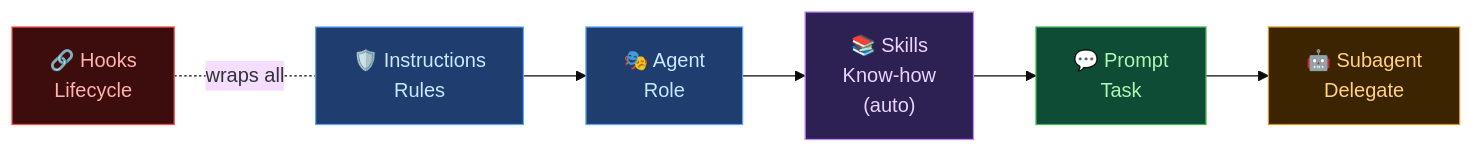
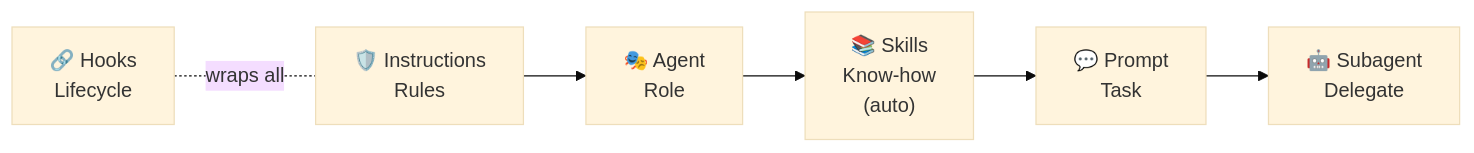
The diagram in docs/overview.md (GravionLabs/apm-hub), drawn with Mermaid (base theme) before and after one commit. The commit also changed other lines of this file and 11 other files, not shown here.

First line of the commit message:
feat: add cross-platform Mermaid diagram support (GitHub + Azure DevOps)

````diff
--- a/docs/overview.md
+++ b/docs/overview.md
@@ -174,19 +179,12 @@
 ```mermaid
 flowchart LR
     I["🛡️ Instructions\nRules"]
     A["🎭 Agent\nRole"]
     S["📚 Skills\nKnow-how\n(auto)"]
     P["💬 Prompt\nTask"]
     SA["🤖 Subagent\nDelegate"]
     H["🔗 Hooks\nLifecycle"]
 
     I --> A --> S --> P --> SA
     H -. "wraps all" .- I
-
-    style I  fill:#1f3d6e,stroke:#58a6ff,color:#cae8ff
-    style A  fill:#1f3d6e,stroke:#58a6ff,color:#cae8ff
-    style S  fill:#2d2153,stroke:#c084fc,color:#e9d5ff
-    style P  fill:#0f4c35,stroke:#3fb950,color:#aff5b4
-    style SA fill:#3d2400,stroke:#d29922,color:#ffd27f
-    style H  fill:#3d0c0c,stroke:#f85149,color:#ffb3b0
 ```
````
